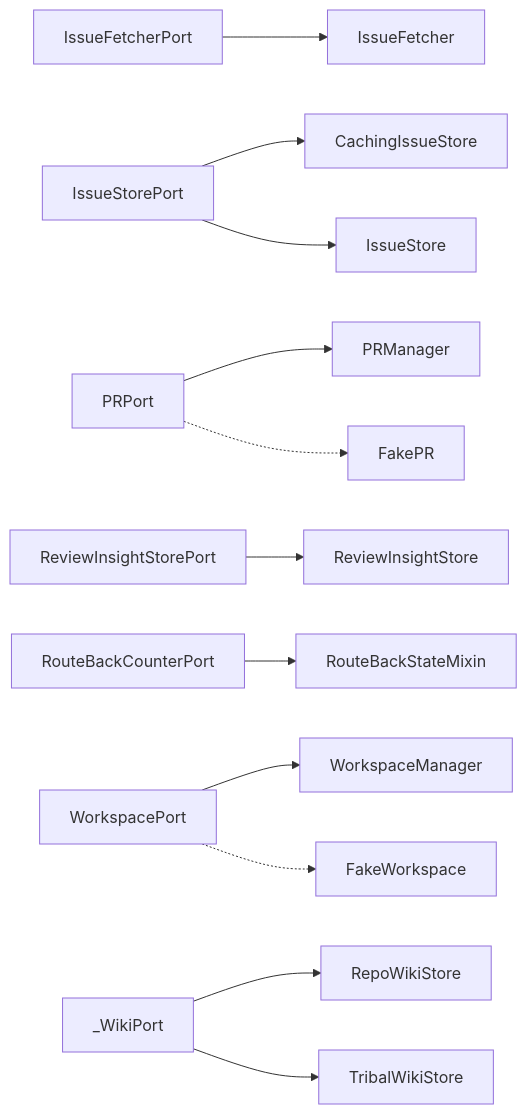
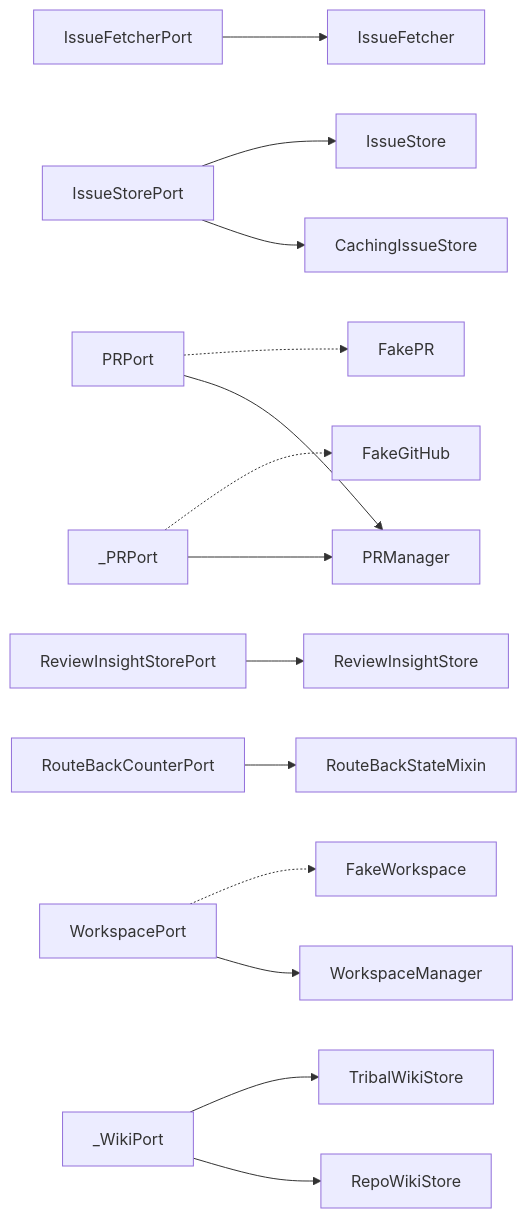
Before and after one commit to T-rav/hyrdaflow: the diagram in docs/arch/generated/ports.md, drawn with Mermaid. The commit also changed other lines of this file and 9 other files, not shown here.

````diff
--- a/docs/arch/generated/ports.md
+++ b/docs/arch/generated/ports.md
@@ -7,14 +7,16 @@
 ```mermaid
 graph LR
     IssueFetcherPort --> IssueFetcher
     IssueStorePort --> CachingIssueStore
     IssueStorePort --> IssueStore
     PRPort --> PRManager
     PRPort -.-> FakePR
     ReviewInsightStorePort --> ReviewInsightStore
     RouteBackCounterPort --> RouteBackStateMixin
     WorkspacePort --> WorkspaceManager
     WorkspacePort -.-> FakeWorkspace
+    _PRPort --> PRManager
+    _PRPort -.-> FakeGitHub
     _WikiPort --> RepoWikiStore
     _WikiPort --> TribalWikiStore
 ```
````
